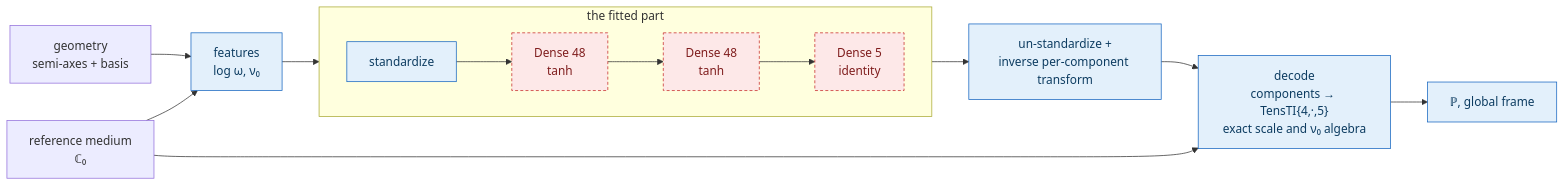
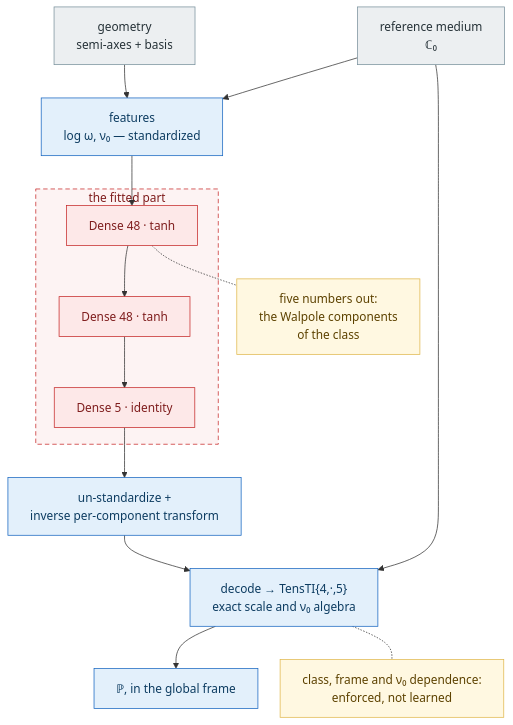
One commit to MicroPoroChemoMechanics/MeanFieldHom.jl changed the first of 2 diagrams in docs/src/tutorials/generated/neural_inclusion.md. Above: the diagram before and after it, drawn with Mermaid. The commit also changed other lines of this file and 5 other files, not shown here.

Commit message:
Refactor Mermaid diagrams for improved readability and layout consistency in documentation

````diff
--- a/docs/src/tutorials/generated/neural_inclusion.md
+++ b/docs/src/tutorials/generated/neural_inclusion.md
@@ -64,19 +64,27 @@
 ```mermaid
-flowchart LR
-    GEO["geometry<br/>semi-axes + basis"] --> FEAT["features<br/>log ω, ν₀"]
+%%{init: {"flowchart": {"useMaxWidth": false, "nodeSpacing": 30, "rankSpacing": 45, "wrappingWidth": 280}} }%%
+flowchart TB
+    GEO["geometry<br/>semi-axes + basis"] --> FEAT
     REF["reference medium<br/>ℂ₀"] --> FEAT
-    FEAT --> STD["standardize"]
+    FEAT["features<br/>log ω, ν₀ — standardized"] --> L1
     subgraph NET["the fitted part"]
-        direction LR
-        STD --> L1["Dense 48<br/>tanh"] --> L2["Dense 48<br/>tanh"] --> L3["Dense 5<br/>identity"]
+        L1["Dense 48 · tanh"] --> L2["Dense 48 · tanh"] --> L3["Dense 5 · identity"]
     end
     L3 --> INV["un-standardize +<br/>inverse per-component transform"]
-    INV --> DEC["decode<br/>components → TensTI{4,·,5}<br/>exact scale and ν₀ algebra"]
+    INV --> DEC["decode → TensTI{4,·,5}<br/>exact scale and ν₀ algebra"]
     REF --> DEC
-    DEC --> OUT["ℙ, global frame"]
+    DEC --> OUT["ℙ, in the global frame"]
 
-    classDef fit fill:#fde8e8,stroke:#c62828,stroke-dasharray:4 3,color:#7f1d1d
+    L1 -.- NT1["five numbers out:<br/>the Walpole components<br/>of the class"]
+    DEC -.- NT2["class, frame and ν₀ dependence:<br/>enforced, not learned"]
+
+    style NET fill:#fdf3f3,stroke:#c62828,stroke-dasharray:6 4,color:#7f1d1d
+    classDef fit fill:#fde8e8,stroke:#c62828,color:#7f1d1d
     classDef ex fill:#e3f0fb,stroke:#1565c0,color:#0d3c61
+    classDef inbox fill:#eceff1,stroke:#78909c,color:#263238
+    classDef note fill:#fff8e1,stroke:#e0b84c,color:#5d4200
     class L1,L2,L3 fit
-    class FEAT,STD,INV,DEC,OUT ex
+    class FEAT,INV,DEC,OUT ex
+    class GEO,REF inbox
+    class NT1,NT2 note
 ```
````
